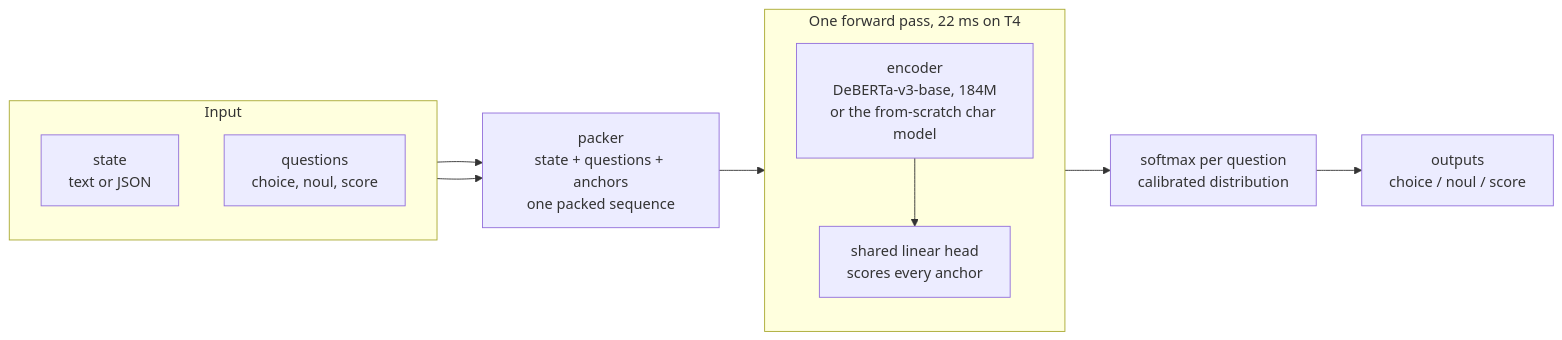
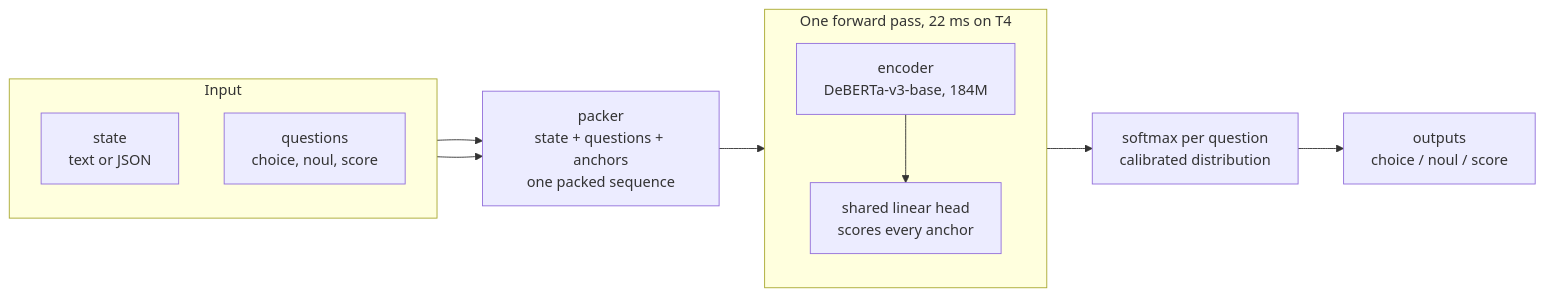
The diagram in README.md (divyanshudhruv/oev), drawn with Mermaid before and after one commit. The commit also changed other lines of this file and 11 other files, not shown here.

````diff
--- a/README.md
+++ b/README.md
@@ -65,26 +62,26 @@
 ```mermaid
 flowchart LR
     subgraph input["Input"]
         direction TB
         S["state<br/>text or JSON"]
         Q["questions<br/>choice, noul, score"]
     end
 
     P["packer<br/>state + questions + anchors<br/>one packed sequence"]
 
     subgraph pass["One forward pass, 22 ms on T4"]
         direction TB
-        E["encoder<br/>DeBERTa-v3-base, 184M<br/>or the from-scratch char model"]
+        E["encoder<br/>DeBERTa-v3-base, 184M"]
         H["shared linear head<br/>scores every anchor"]
     end
 
     D["softmax per question<br/>calibrated distribution"]
     O["outputs<br/>choice / noul / score"]
 
     S --> P
     Q --> P
     P --> E
     E --> H
     H --> D
     D --> O
 ```
````
